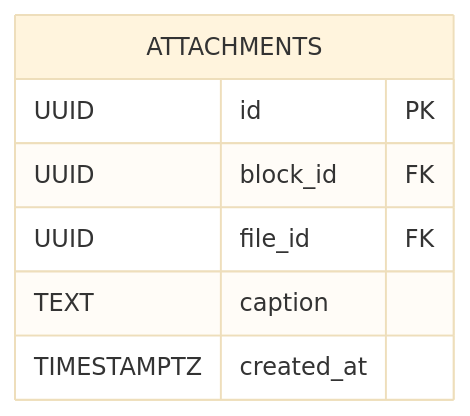
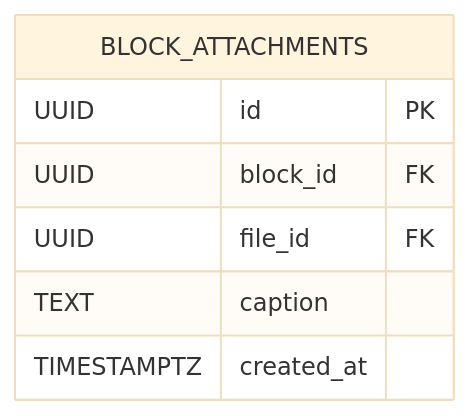
The seventh of 11 diagrams in db/normalized/relations.md (go-park-mail-ru/2025_2_FiveCode), drawn with Mermaid (base theme) before and after one commit. The commit also changed other lines of this file and 1 other file, not shown here.

````diff
--- a/db/normalized/relations.md
+++ b/db/normalized/relations.md
@@ -207,10 +207,10 @@
 ```mermaid
 erDiagram
-  ATTACHMENTS {
+  BLOCK_ATTACHMENTS {
     UUID id PK
     UUID block_id FK
     UUID file_id FK 
     TEXT caption
     TIMESTAMPTZ created_at
   }
 ```
````
